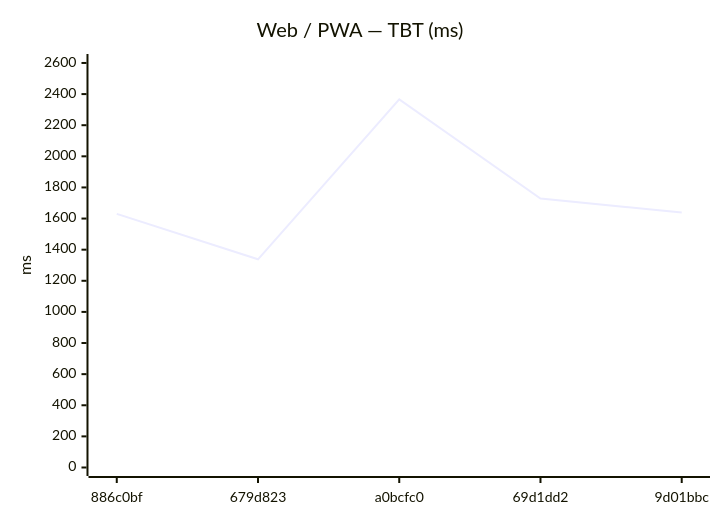
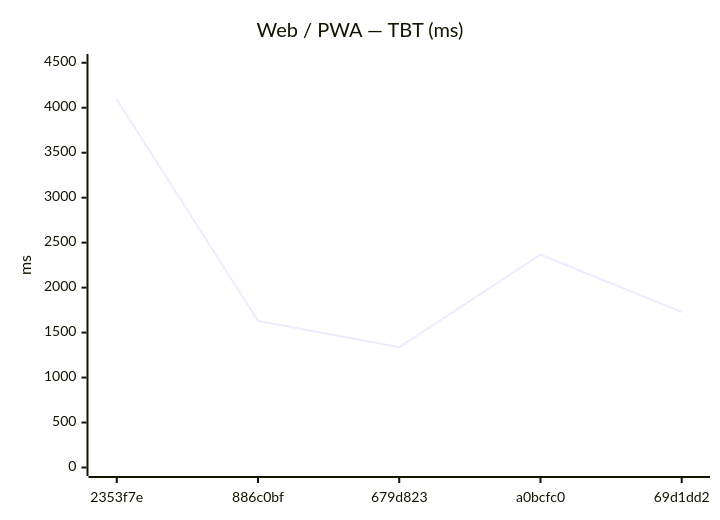
One commit to Metaheurist/Rianell changed the sixth of 12 diagrams in benchmarks/compare.md. Above: the diagram before and after it, drawn with Mermaid. The commit also changed other lines of this file and 8 other files, not shown here.

````diff
--- a/benchmarks/compare.md
+++ b/benchmarks/compare.md
@@ -89,7 +89,7 @@
 ```mermaid
 xychart-beta
     title "Web / PWA — TBT (ms)"
-    x-axis ["886c0bf", "679d823", "a0bcfc0", "69d1dd2", "9d01bbc"]
-    y-axis "ms" 0 --> 2603
-    line [1630, 1338, 2366, 1729, 1639]
+    x-axis ["2353f7e", "886c0bf", "679d823", "a0bcfc0", "69d1dd2"]
+    y-axis "ms" 0 --> 4503
+    line [4093, 1630, 1338, 2366, 1729]
 ```
````
